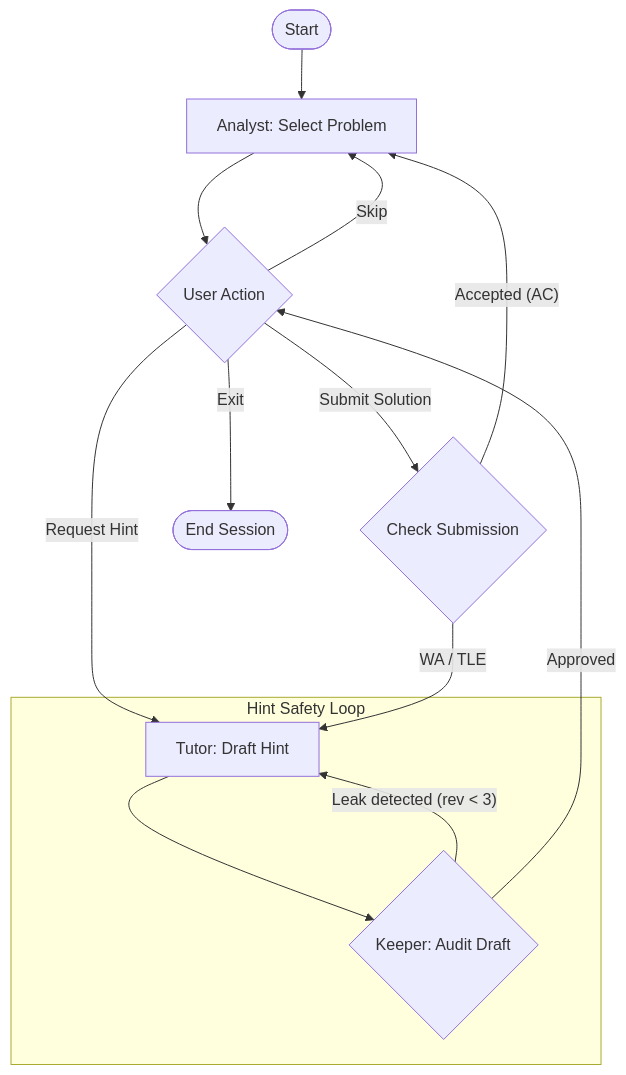
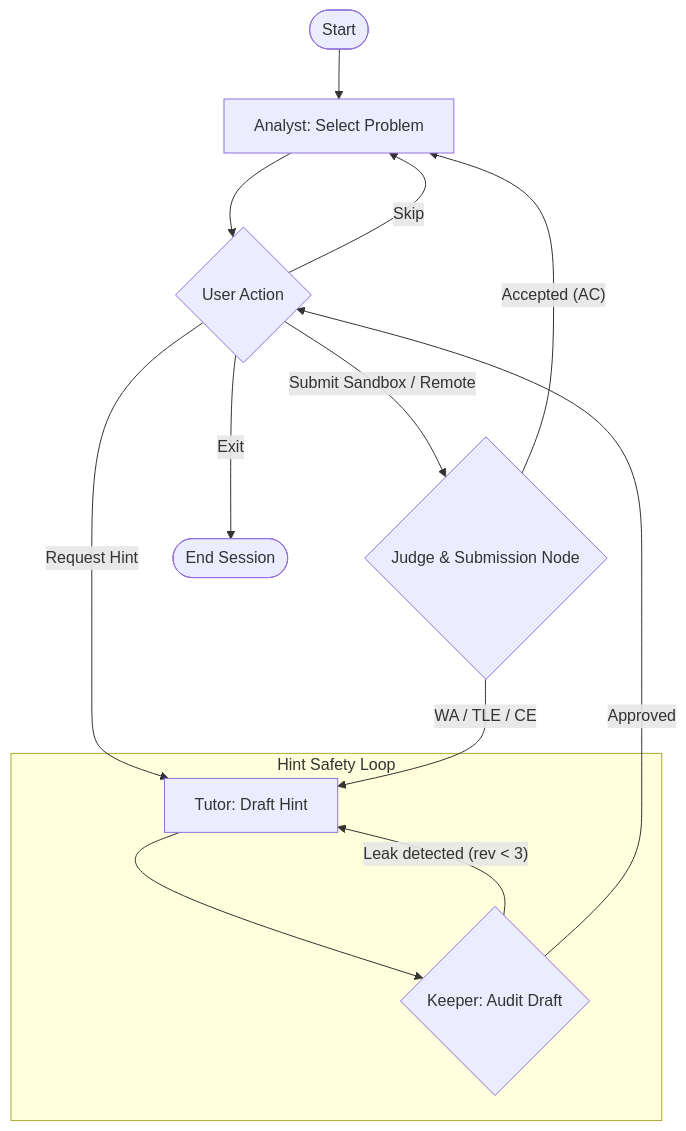
One commit to aviraltrip/Son-of-Aviral-CP-Coach changed the diagram in README.md. Above: the diagram before and after it, drawn with Mermaid. The commit also changed other lines of this file and 2 other files, not shown here.

Commit message:
docs: document Phase 8 sandbox code judge and differential fuzzer

````diff
--- a/README.md
+++ b/README.md
@@ -25,20 +26,20 @@
 ```mermaid
 flowchart TD
     START([Start]) --> Analyst[Analyst: Select Problem]
     Analyst --> UserAction{User Action}
 
     subgraph HintLoop ["Hint Safety Loop"]
         Tutor[Tutor: Draft Hint] --> Keeper{Keeper: Audit Draft}
         Keeper -- "Leak detected (rev < 3)" --> Tutor
     end
 
     UserAction -- "Request Hint" --> Tutor
     Keeper -- "Approved" --> UserAction
 
-    UserAction -- "Submit Solution" --> CheckSub{Check Submission}
-    CheckSub -- "Accepted (AC)" --> Analyst
-    CheckSub -- "WA / TLE" --> Tutor
+    UserAction -- "Submit Sandbox / Remote" --> Judge{Judge & Submission Node}
+    Judge -- "Accepted (AC)" --> Analyst
+    Judge -- "WA / TLE / CE" --> Tutor
 
     UserAction -- "Skip" --> Analyst
     UserAction -- "Exit" --> END([End Session])
 ```
````
